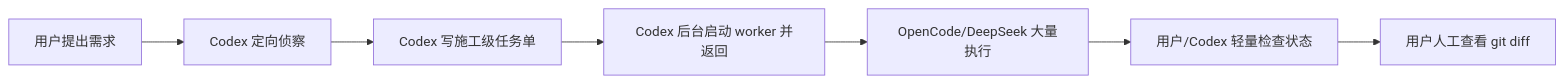
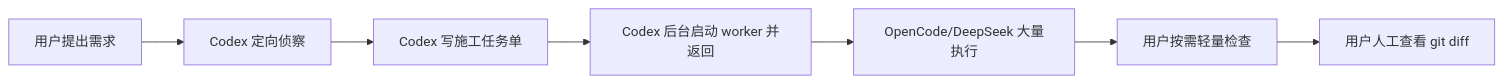
Before and after one commit to ysj98/Codex-OpenCode-Worker-Workflow: the diagram in README.md, drawn with Mermaid. The commit also changed other lines of this file and 4 other files, not shown here.

````diff
--- a/README.md
+++ b/README.md
@@ -108,9 +111,9 @@
 ```mermaid
 flowchart LR
   A["用户提出需求"] --> B["Codex 定向侦察"]
-  B --> C["Codex 写施工级任务单"]
+  B --> C["Codex 写施工任务单"]
   C --> D["Codex 后台启动 worker 并返回"]
   D --> E["OpenCode/DeepSeek 大量执行"]
-  E --> F["用户/Codex 轻量检查状态"]
+  E --> F["用户按需轻量检查"]
   F --> G["用户人工查看 git diff"]
 ```
````
